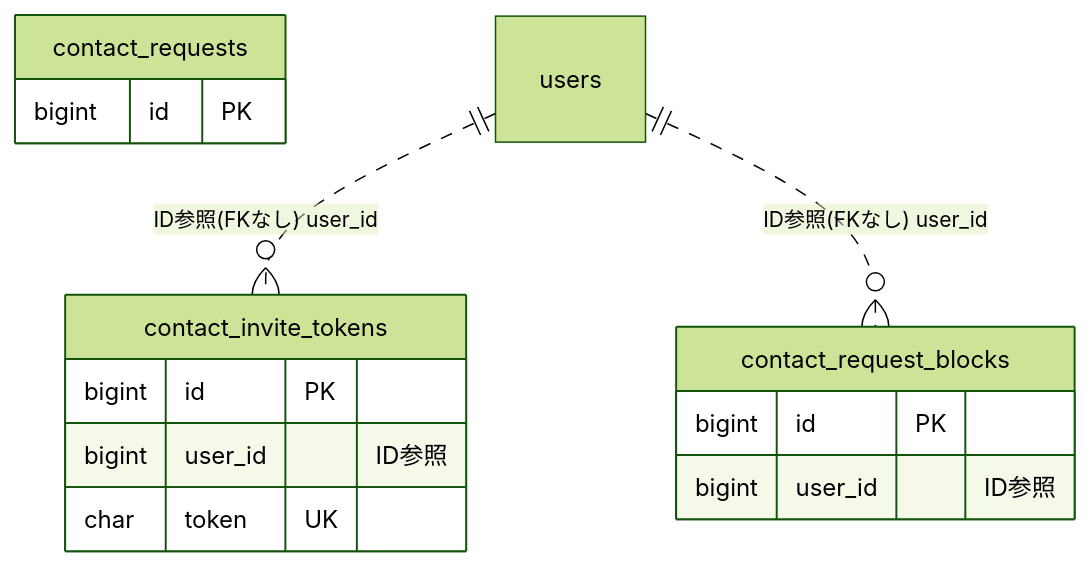
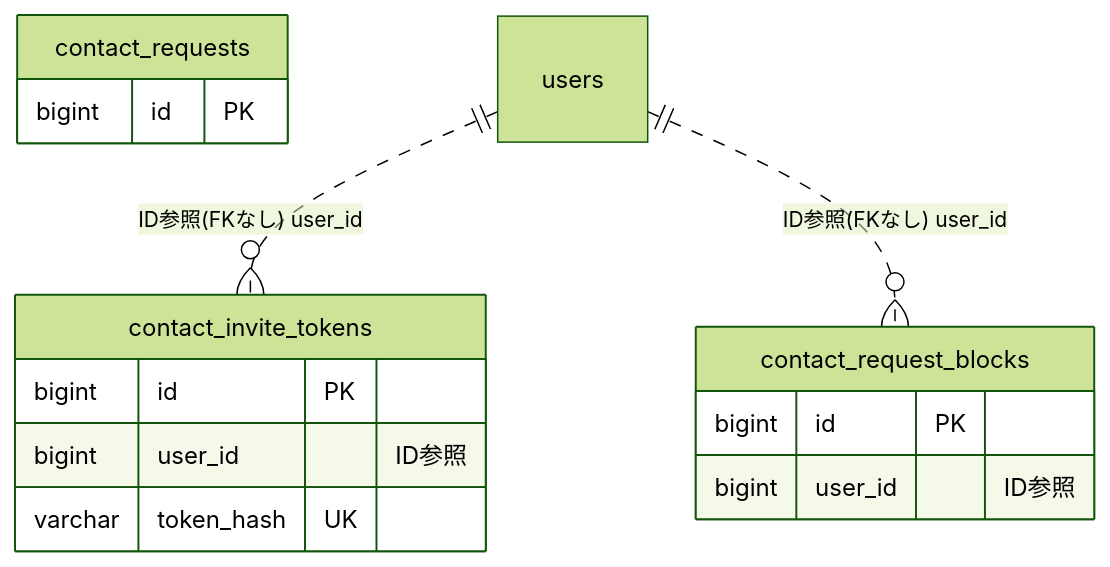
The diagram in docs/architecture/er/contact.md (Mannschaft2026/mannschaft), drawn with Mermaid (forest theme) before and after one commit. The commit also changed other lines of this file and 33 other files, not shown here.

````diff
--- a/docs/architecture/er/contact.md
+++ b/docs/architecture/er/contact.md
@@ -12,18 +12,18 @@
 ```mermaid
 erDiagram
     contact_invite_tokens {
         bigint id PK
         bigint user_id "ID参照"
-        char token UK
+        varchar token_hash UK
     }
     contact_request_blocks {
         bigint id PK
         bigint user_id "ID参照"
     }
     contact_requests {
         bigint id PK
     }
     users
     users ||..o{ contact_invite_tokens : "ID参照(FKなし) user_id"
     users ||..o{ contact_request_blocks : "ID参照(FKなし) user_id"
 ```
````
